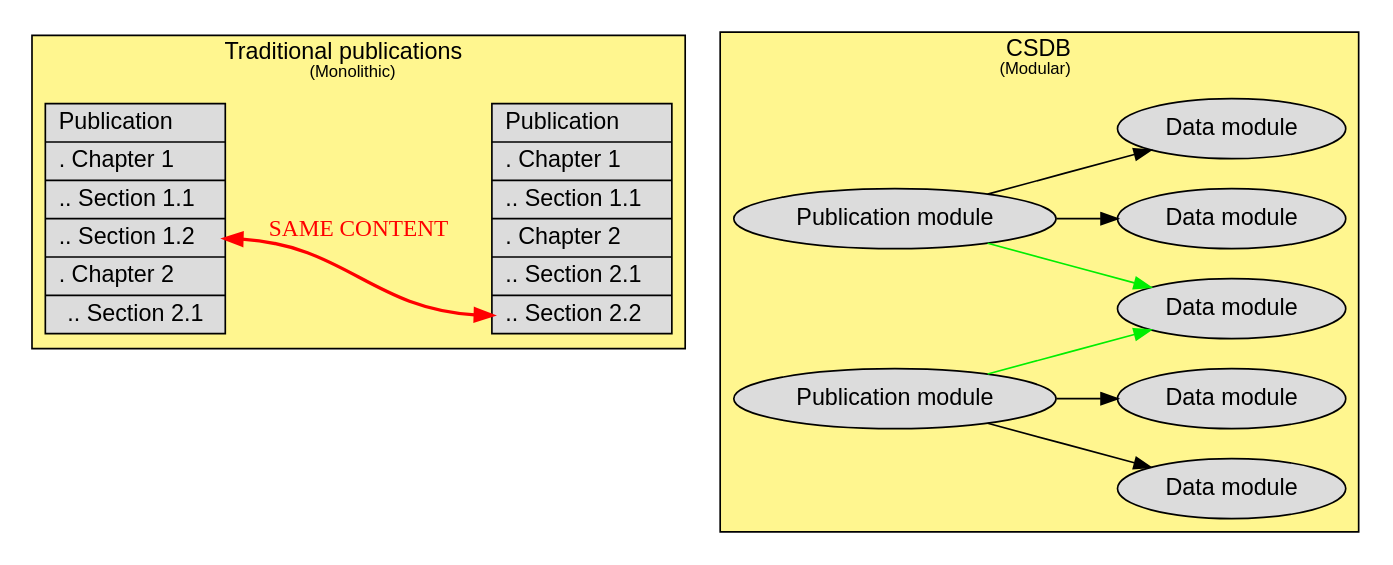
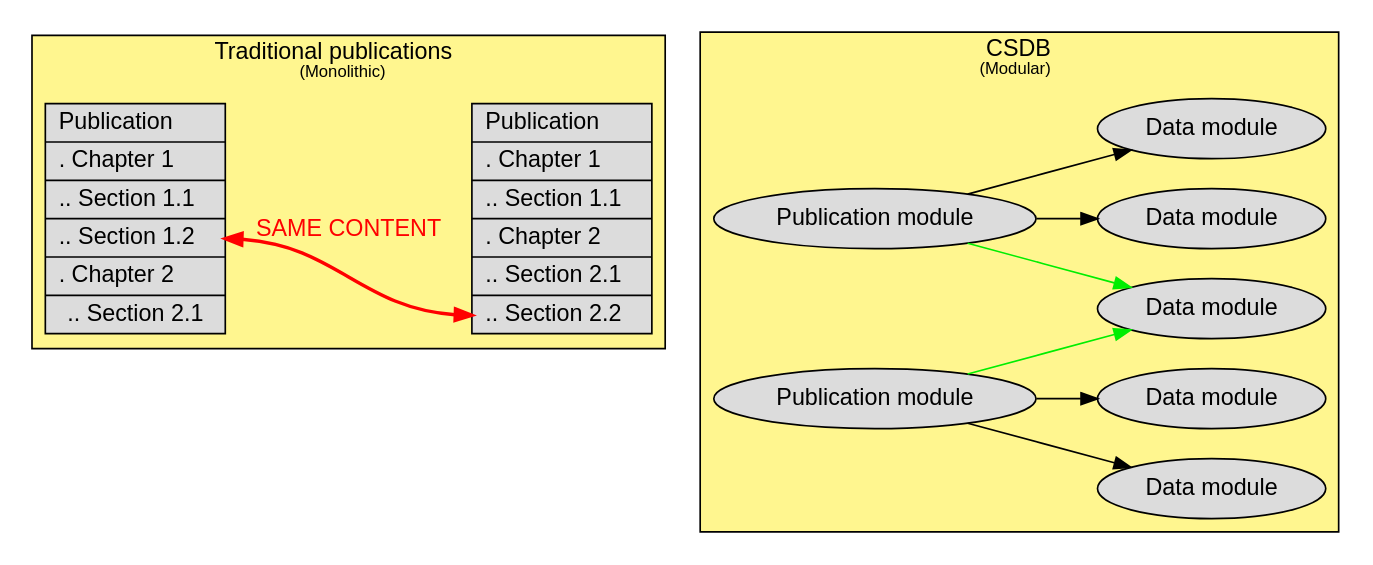
One commit to kibook/s1kd-tools changed the diagram in doc/ICN-S1KDTOOLS-A-000000-A-KHZAE-00003-A-001-01.DOT. Above: the diagram before and after it, drawn with Graphviz. The commit also changed 1 other file, not shown here.

Commit message:
Use same font for edges in graphic

```diff
--- a/doc/ICN-S1KDTOOLS-A-000000-A-KHZAE-00003-A-001-01.DOT
+++ b/doc/ICN-S1KDTOOLS-A-000000-A-KHZAE-00003-A-001-01.DOT
@@ -1,89 +1,93 @@
 digraph {
 	fontname = Helvetica
 	rankdir = LR
 	style = filled
 
 	node [
 		fontname = Helvetica
 		style = filled
 		fillcolor = gainsboro
+	]
+
+	edge [
+		fontname = "Helvetica"
 	]
 
 	subgraph cluster_traditional {
 		label = <Traditional publications<br/><font point-size="10">(Monolithic)</font>>
 		fillcolor = khaki1
 
 		node [
 			shape = record
 		]
 
 		pub_traditional1 [
 			label = "<f0>Publication\l|. Chapter 1\l|.. Section 1.1\l|<f1>.. Section 1.2\l|. Chapter 2\l|.. Section 2.1"
 		]
 
 		pub_traditional2 [
 			label = "<f0>Publication\l|. Chapter 1\l|.. Section 1.1\l|. Chapter 2\l|.. Section 2.1\l|<f1>.. Section 2.2\l"
 		]
 
 		pub_traditional1:f1 -> pub_traditional2:f1 [
 			color = red
 			label = "SAME CONTENT"
 			fontcolor = red
 			style = bold
 			dir = both
 		]
 	}
 
 	subgraph cluster_s1000d {
 		label = <CSDB<br/><font point-size="10">(Modular)</font>>
 		fillcolor = khaki1
 
 		pub_s1000d1 [
 			label = "Publication module"
 		]
 
 		dm1 [
 			label = "Data module"
 		]
 
 		dm2 [
 			label = "Data module"
 		]
 
 		dm3 [
 			label = "Data module"
 		]
 
 		pub_s1000d2 [
 			label = "Publication module"
 		]
 
 		dm4 [
 			label = "Data module"
 		]
 
 		dm5 [
 			label = "Data module"
 		]
 		
 		pub_s1000d1 -> dm1
 		pub_s1000d1 -> dm2
 		pub_s1000d1 -> dm3 [
 			color = green2
 			//label = "SHARED"
 			fontcolor = green2
 		]
 
 		pub_s1000d2 -> dm3 [
 			color = green2
 			//label = "SHARED"
 			fontcolor = green2
 		]
 		pub_s1000d2 -> dm4
 		pub_s1000d2 -> dm5
 	}
 
 	pub_traditional2 -> pub_s1000d1 [
 		style = invis
 	]
 }
```
